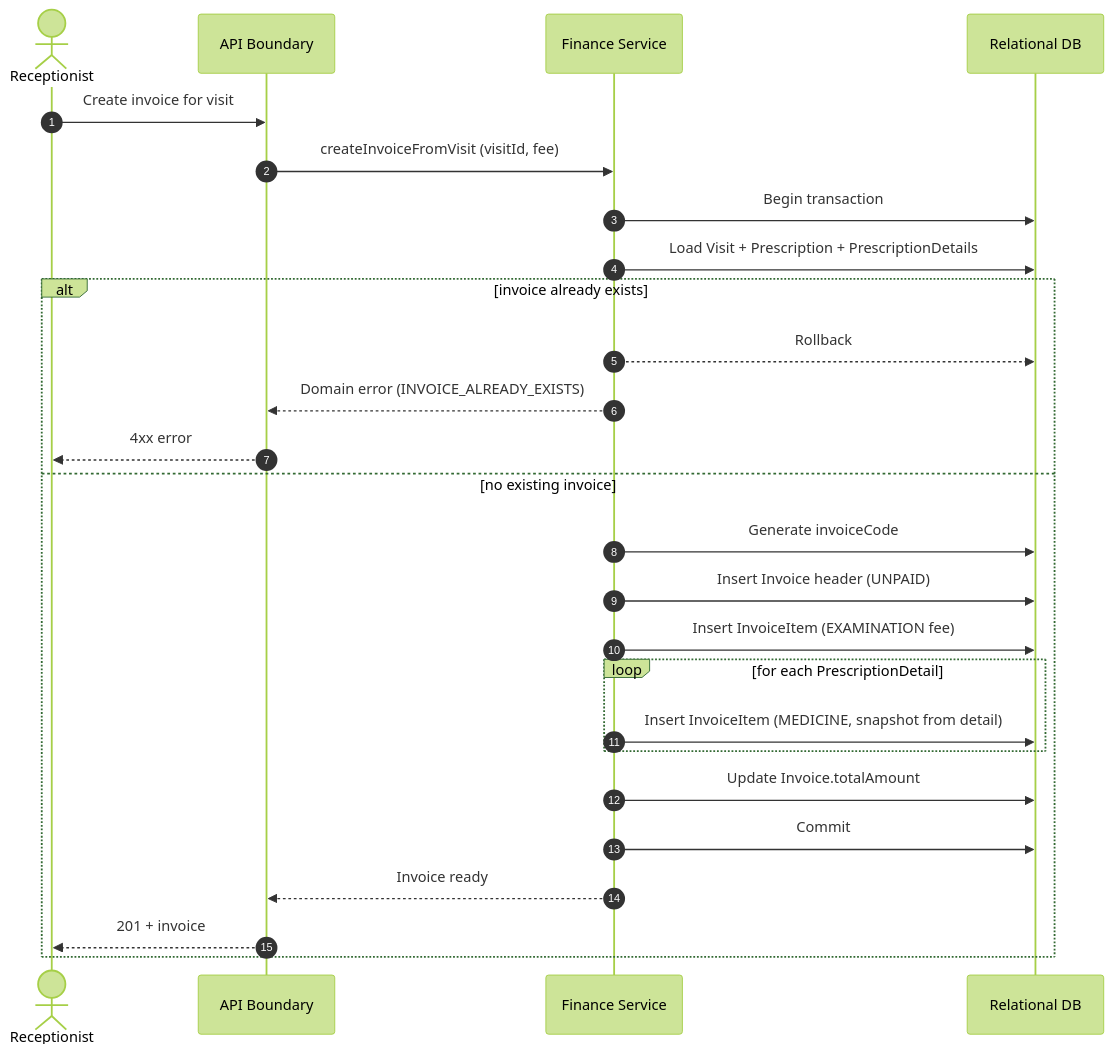
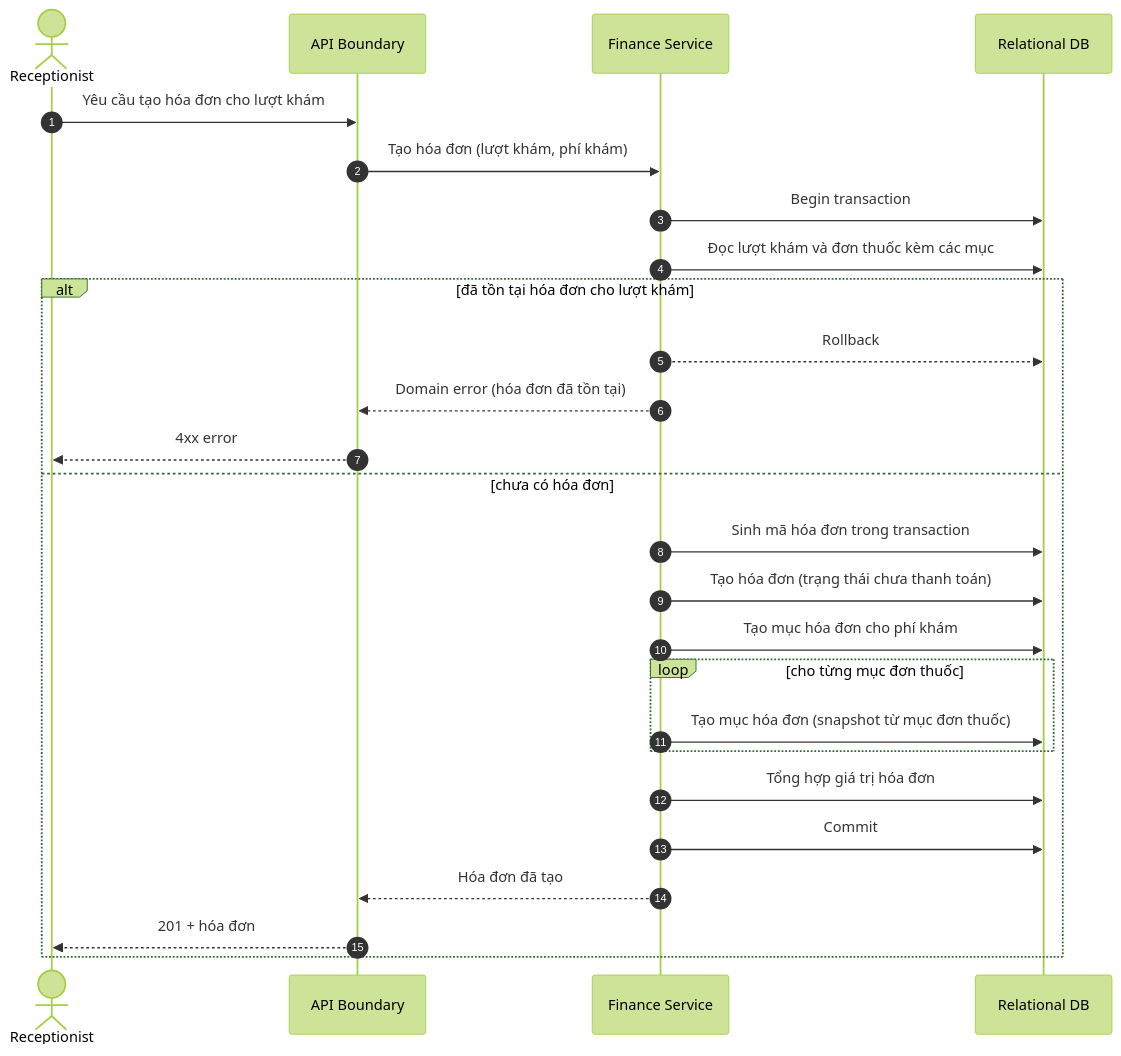
The seventh of 12 diagrams in Docs/ADD.md (MinhThienNguyen040905/SE356---He-thong-phong-kham), drawn with Mermaid (forest theme) before and after one commit. The commit also changed other lines of this file, not shown here.

Commit message:
Refine transaction descriptions and clarify business logic in ADD.md

````diff
--- a/Docs/ADD.md
+++ b/Docs/ADD.md
@@ -715,29 +715,29 @@
 ```mermaid
 sequenceDiagram
     autonumber
     actor R as Receptionist
     participant API as API Boundary
     participant FIN as Finance Service
     participant DB as Relational DB
 
-    R->>API: Create invoice for visit
-    API->>FIN: createInvoiceFromVisit (visitId, fee)
+    R->>API: Yêu cầu tạo hóa đơn cho lượt khám
+    API->>FIN: Tạo hóa đơn (lượt khám, phí khám)
     FIN->>DB: Begin transaction
-    FIN->>DB: Load Visit + Prescription + PrescriptionDetails
-    alt invoice already exists
+    FIN->>DB: Đọc lượt khám và đơn thuốc kèm các mục
+    alt đã tồn tại hóa đơn cho lượt khám
         FIN-->>DB: Rollback
-        FIN-->>API: Domain error (INVOICE_ALREADY_EXISTS)
+        FIN-->>API: Domain error (hóa đơn đã tồn tại)
         API-->>R: 4xx error
-    else no existing invoice
-        FIN->>DB: Generate invoiceCode
-        FIN->>DB: Insert Invoice header (UNPAID)
-        FIN->>DB: Insert InvoiceItem (EXAMINATION fee)
-        loop for each PrescriptionDetail
-            FIN->>DB: Insert InvoiceItem (MEDICINE, snapshot from detail)
+    else chưa có hóa đơn
+        FIN->>DB: Sinh mã hóa đơn trong transaction
+        FIN->>DB: Tạo hóa đơn (trạng thái chưa thanh toán)
+        FIN->>DB: Tạo mục hóa đơn cho phí khám
+        loop cho từng mục đơn thuốc
+            FIN->>DB: Tạo mục hóa đơn (snapshot từ mục đơn thuốc)
         end
-        FIN->>DB: Update Invoice.totalAmount
+        FIN->>DB: Tổng hợp giá trị hóa đơn
         FIN->>DB: Commit
-        FIN-->>API: Invoice ready
-        API-->>R: 201 + invoice
+        FIN-->>API: Hóa đơn đã tạo
+        API-->>R: 201 + hóa đơn
     end
 ```
````
